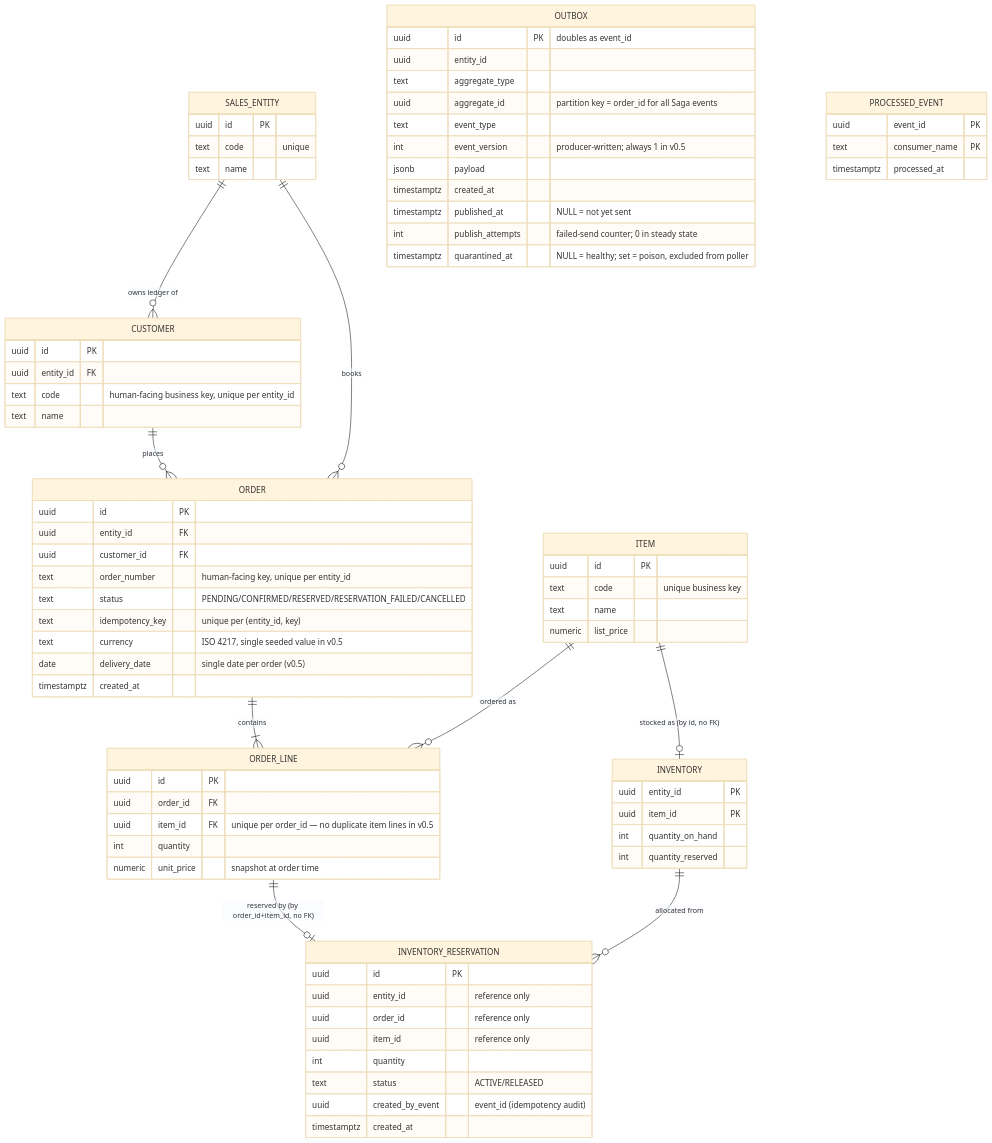
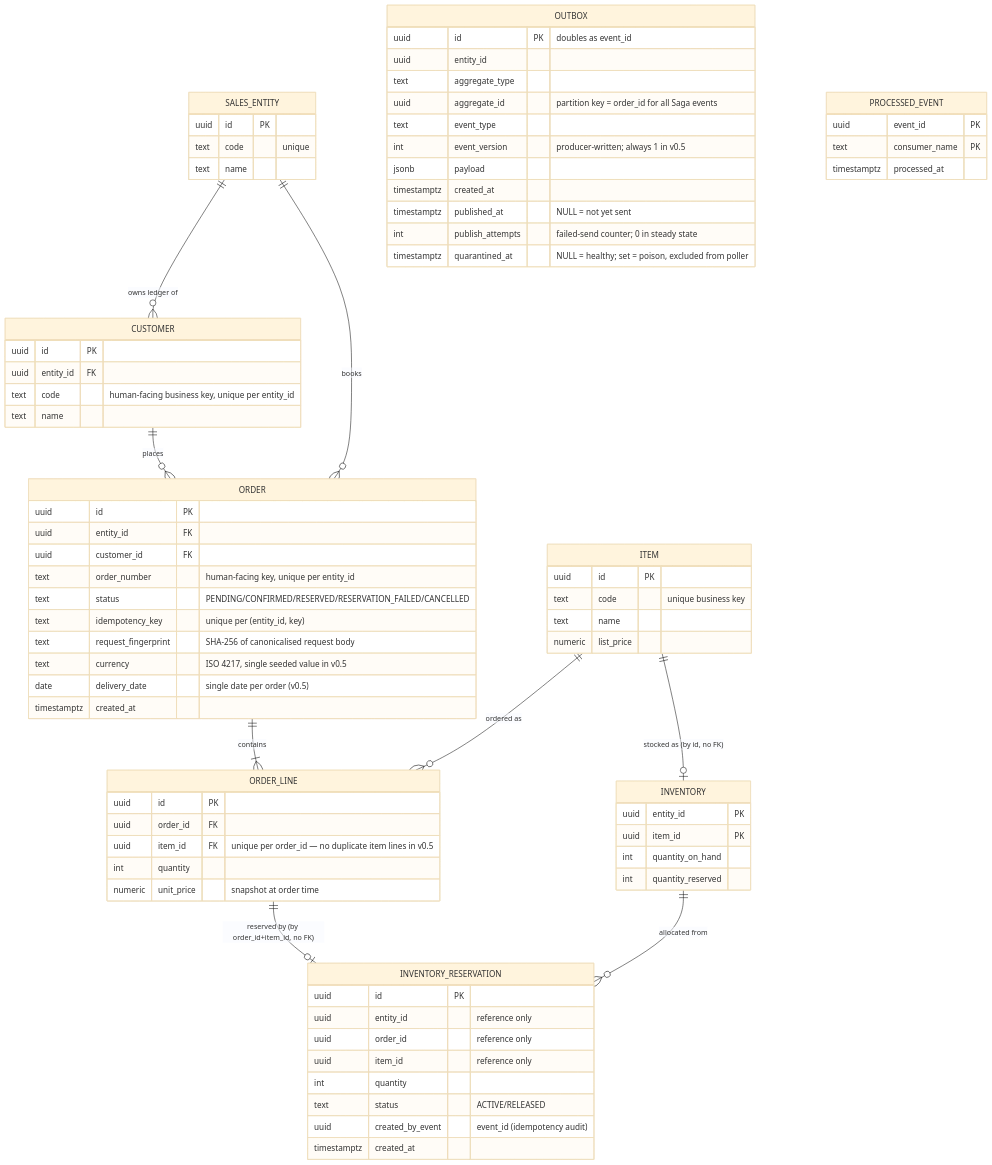
Before and after one commit to ikuko-otani/event-driven-orders: the first of 2 diagrams in docs/design/domain-design.md, drawn with Mermaid (base theme). The commit also changed other lines of this file, not shown here.

First line of the commit message:
docs(design): reject idempotency-key reuse with a different body

````diff
--- a/docs/design/domain-design.md
+++ b/docs/design/domain-design.md
@@ -65,81 +65,82 @@
 ```mermaid
 erDiagram
     SALES_ENTITY ||--o{ CUSTOMER : "owns ledger of"
     SALES_ENTITY ||--o{ ORDER : books
     CUSTOMER ||--o{ ORDER : places
     ORDER ||--|{ ORDER_LINE : contains
     ITEM ||--o{ ORDER_LINE : "ordered as"
     ITEM ||--o| INVENTORY : "stocked as (by id, no FK)"
     INVENTORY ||--o{ INVENTORY_RESERVATION : "allocated from"
     ORDER_LINE ||--o| INVENTORY_RESERVATION : "reserved by (by order_id+item_id, no FK)"
 
     SALES_ENTITY {
         uuid id PK
         text code "unique"
         text name
     }
     CUSTOMER {
         uuid id PK
         uuid entity_id FK
         text code "human-facing business key, unique per entity_id"
         text name
     }
     ORDER {
         uuid id PK
         uuid entity_id FK
         uuid customer_id FK
         text order_number "human-facing key, unique per entity_id"
         text status "PENDING/CONFIRMED/RESERVED/RESERVATION_FAILED/CANCELLED"
         text idempotency_key "unique per (entity_id, key)"
+        text request_fingerprint "SHA-256 of canonicalised request body"
         text currency "ISO 4217, single seeded value in v0.5"
         date delivery_date "single date per order (v0.5)"
         timestamptz created_at
     }
     ORDER_LINE {
         uuid id PK
         uuid order_id FK
         uuid item_id FK "unique per order_id — no duplicate item lines in v0.5"
         int quantity
         numeric unit_price "snapshot at order time"
     }
     ITEM {
         uuid id PK
         text code "unique business key"
         text name
         numeric list_price
     }
     INVENTORY {
         uuid entity_id PK
         uuid item_id PK
         int quantity_on_hand
         int quantity_reserved
     }
     INVENTORY_RESERVATION {
         uuid id PK
         uuid entity_id "reference only"
         uuid order_id "reference only"
         uuid item_id "reference only"
         int quantity
         text status "ACTIVE/RELEASED"
         uuid created_by_event "event_id (idempotency audit)"
         timestamptz created_at
     }
     OUTBOX {
         uuid id PK "doubles as event_id"
         uuid entity_id
         text aggregate_type
         uuid aggregate_id "partition key = order_id for all Saga events"
         text event_type
         int event_version "producer-written; always 1 in v0.5"
         jsonb payload
         timestamptz created_at
         timestamptz published_at "NULL = not yet sent"
         int publish_attempts "failed-send counter; 0 in steady state"
         timestamptz quarantined_at "NULL = healthy; set = poison, excluded from poller"
     }
     PROCESSED_EVENT {
         uuid event_id PK
         text consumer_name PK
         timestamptz processed_at
     }
 ```
````
